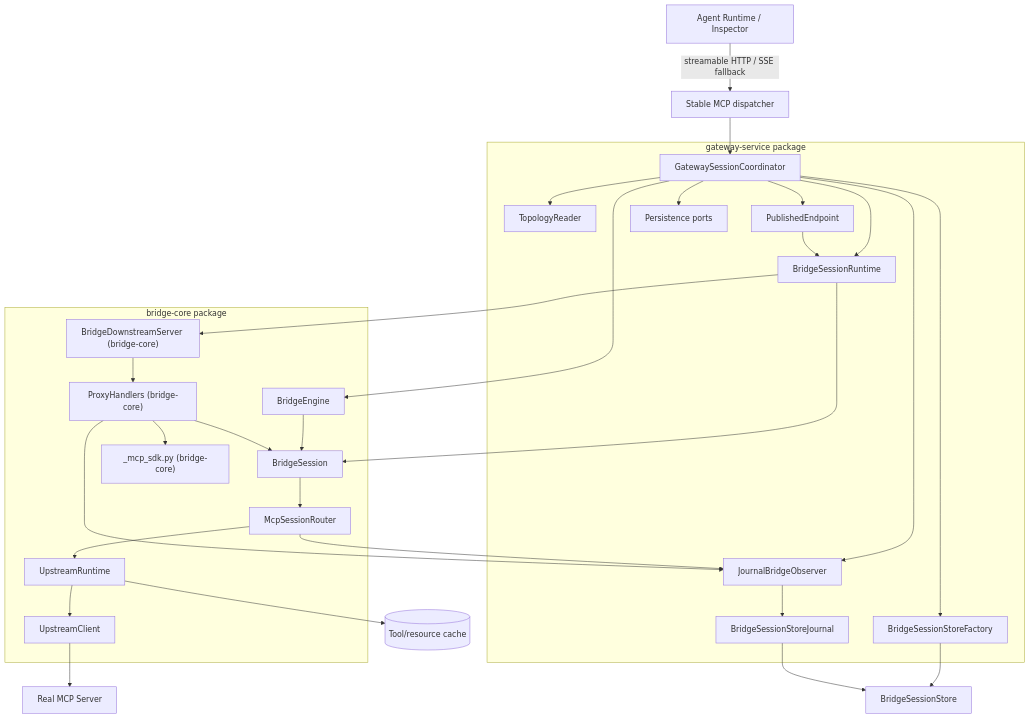
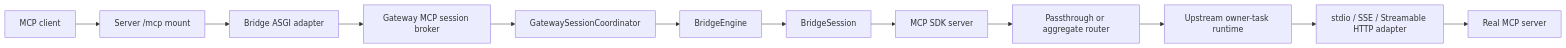
Before and after one commit to JilongSun/mcpapps-bridge: the diagram in docs/architecture/mcp-layer.md, drawn with Mermaid. The commit also changed other lines of this file and 3 other files, not shown here.

Commit message:
docs(architecture): refresh bridge and repository docs for Mabrid refactor

````diff
--- a/docs/architecture/mcp-layer.md
+++ b/docs/architecture/mcp-layer.md
@@ -36,52 +9,14 @@
 ```mermaid
-flowchart TD
-    Client["Agent Runtime / Inspector"] --> |"streamable HTTP / SSE fallback"| API["Stable MCP dispatcher"]
-    API --> Coordinator["GatewaySessionCoordinator"]
-    Coordinator --> Topology["TopologyReader"]
-    Coordinator --> Endpoint["PublishedEndpoint"]
-    Coordinator --> Repositories["Persistence ports"]
-    Coordinator --> Factory["BridgeSessionStoreFactory"]
-    Coordinator --> SessionRuntime["BridgeSessionRuntime"]
-    Endpoint --> SessionRuntime
+flowchart LR
+    Client["MCP client"] --> Mount["Server /mcp mount"]
+    Mount --> ASGI["Bridge ASGI adapter"]
+    ASGI --> Broker["Gateway MCP session broker"]
+    Broker --> Coordinator["GatewaySessionCoordinator"]
     Coordinator --> Engine["BridgeEngine"]
     Engine --> Session["BridgeSession"]
-    SessionRuntime --> Session
-    SessionRuntime --> Downstream["BridgeDownstreamServer (bridge-core)"]
-    Downstream --> Handlers["ProxyHandlers (bridge-core)"]
-    Handlers --> Session
-    Session --> Router["McpSessionRouter"]
-    Router --> Runtime["UpstreamRuntime"]
-    Runtime --> Upstream["UpstreamClient"]
-    Upstream --> Real["Real MCP Server"]
-
-    Factory --> Store["BridgeSessionStore"]
-    Coordinator --> Observer["JournalBridgeObserver"]
-    Router --> Observer
-    Handlers --> Observer
-    Observer --> Journal["BridgeSessionStoreJournal"]
-    Journal --> Store
-    Runtime --> Cache[("Tool/resource cache")]
-    Handlers --> Mapper["_mcp_sdk.py (bridge-core)"]
-
-    subgraph "gateway-service package"
-        Coordinator
-        Endpoint
-        SessionRuntime
-        Topology
-        Repositories
-        Factory
-        Observer
-        Journal
-    end
-
-    subgraph "bridge-core package"
-        Engine
-        Session
-        Downstream
-        Handlers
-        Mapper
-        Router
-        Runtime
-        Upstream
-    end
+    Session --> Downstream["MCP SDK server"]
+    Downstream --> Router["Passthrough or aggregate router"]
+    Router --> Runtime["Upstream owner-task runtime"]
+    Runtime --> Adapter["stdio / SSE / Streamable HTTP adapter"]
+    Adapter --> Upstream["Real MCP server"]
 ```
````
